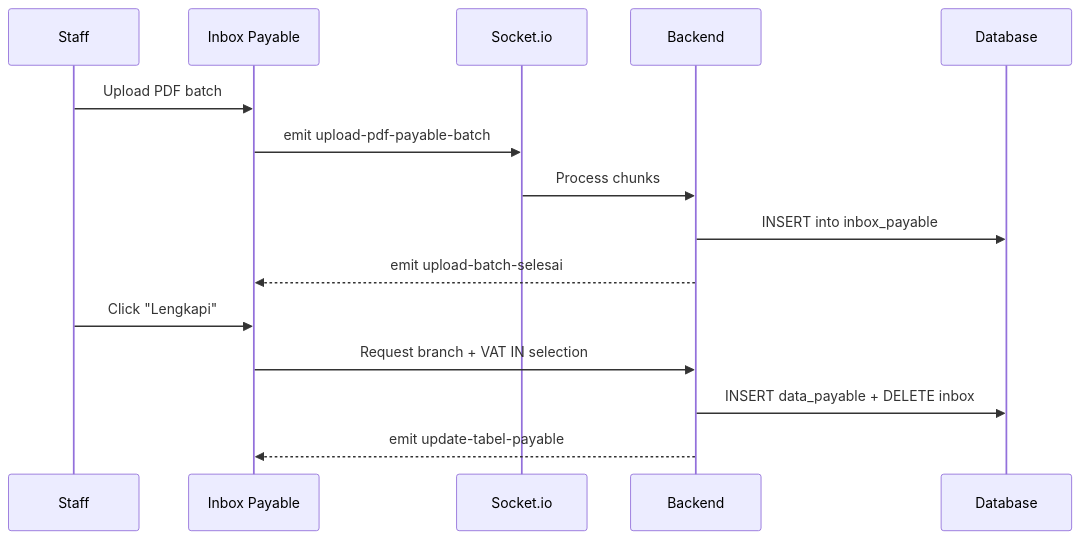
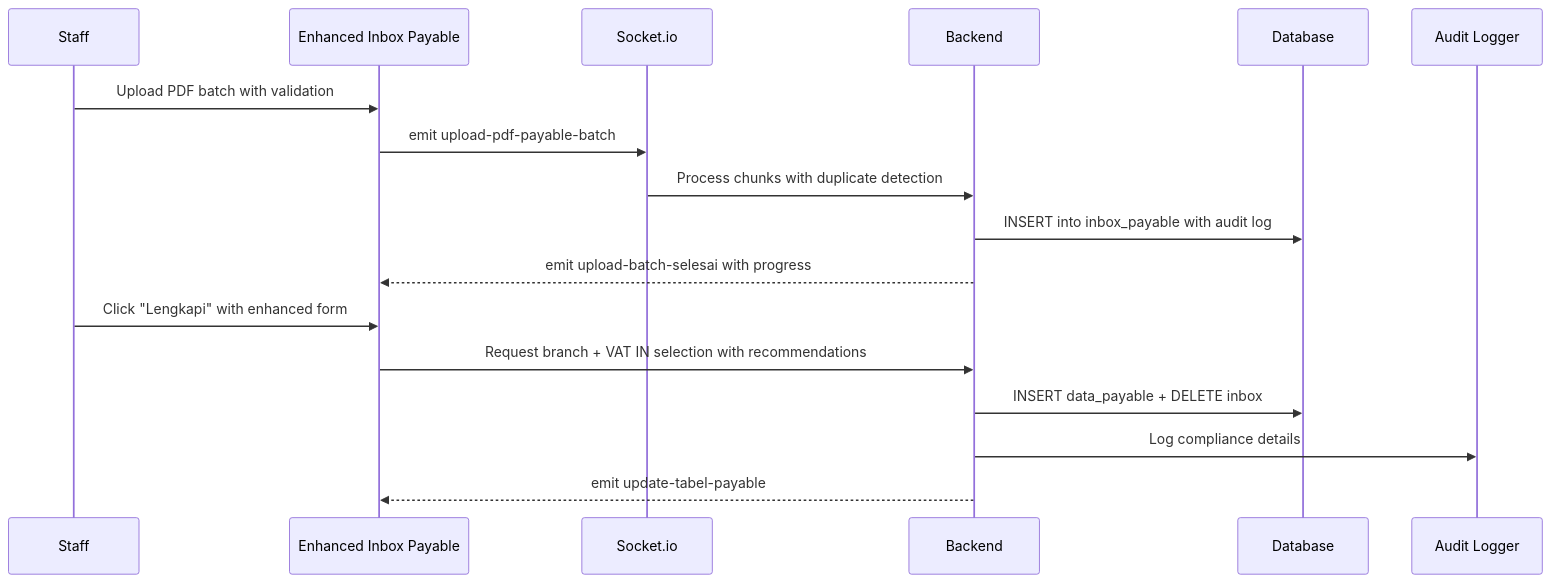
Before and after one commit to rendisiagian/TDS_by_RENDISIAGIAN: the fourth of 7 diagrams in .qoder/repowiki/en/content/Tax Deducted at Source (TDS) System/Tax Deducted at Source (TDS) System.md, drawn with Mermaid. The commit also changed other lines of this file and 96 other files, not shown here.

````diff
--- a/.qoder/repowiki/en/content/Tax Deducted at Source (TDS) System/Tax Deducted at Source (TDS) System.md
+++ b/.qoder/repowiki/en/content/Tax Deducted at Source (TDS) System/Tax Deducted at Source (TDS) System.md
@@ -175,17 +199,19 @@
 ```mermaid
 sequenceDiagram
 participant Staff as Staff
-participant Inbox as Inbox Payable
+participant Inbox as Enhanced Inbox Payable
 participant WS as Socket.io
 participant API as Backend
 participant DB as Database
-Staff->>Inbox : Upload PDF batch
+participant AUDIT as Audit Logger
+Staff->>Inbox : Upload PDF batch with validation
 Inbox->>WS : emit upload-pdf-payable-batch
-WS->>API : Process chunks
-API->>DB : INSERT into inbox_payable
-API-->>Inbox : emit upload-batch-selesai
-Staff->>Inbox : Click "Lengkapi"
-Inbox->>API : Request branch + VAT IN selection
+WS->>API : Process chunks with duplicate detection
+API->>DB : INSERT into inbox_payable with audit log
+API-->>Inbox : emit upload-batch-selesai with progress
+Staff->>Inbox : Click "Lengkapi" with enhanced form
+Inbox->>API : Request branch + VAT IN selection with recommendations
 API->>DB : INSERT data_payable + DELETE inbox
+API->>AUDIT : Log compliance details
 API-->>Inbox : emit update-tabel-payable
 ```
````
